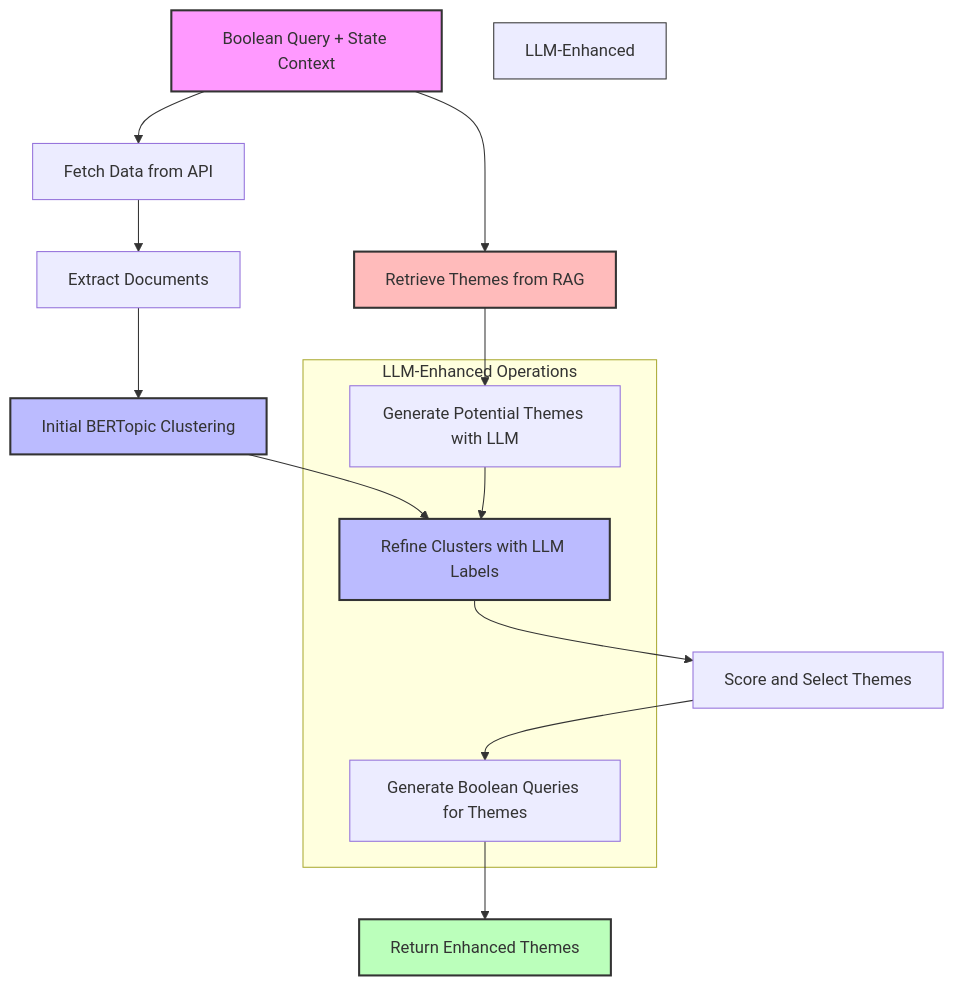
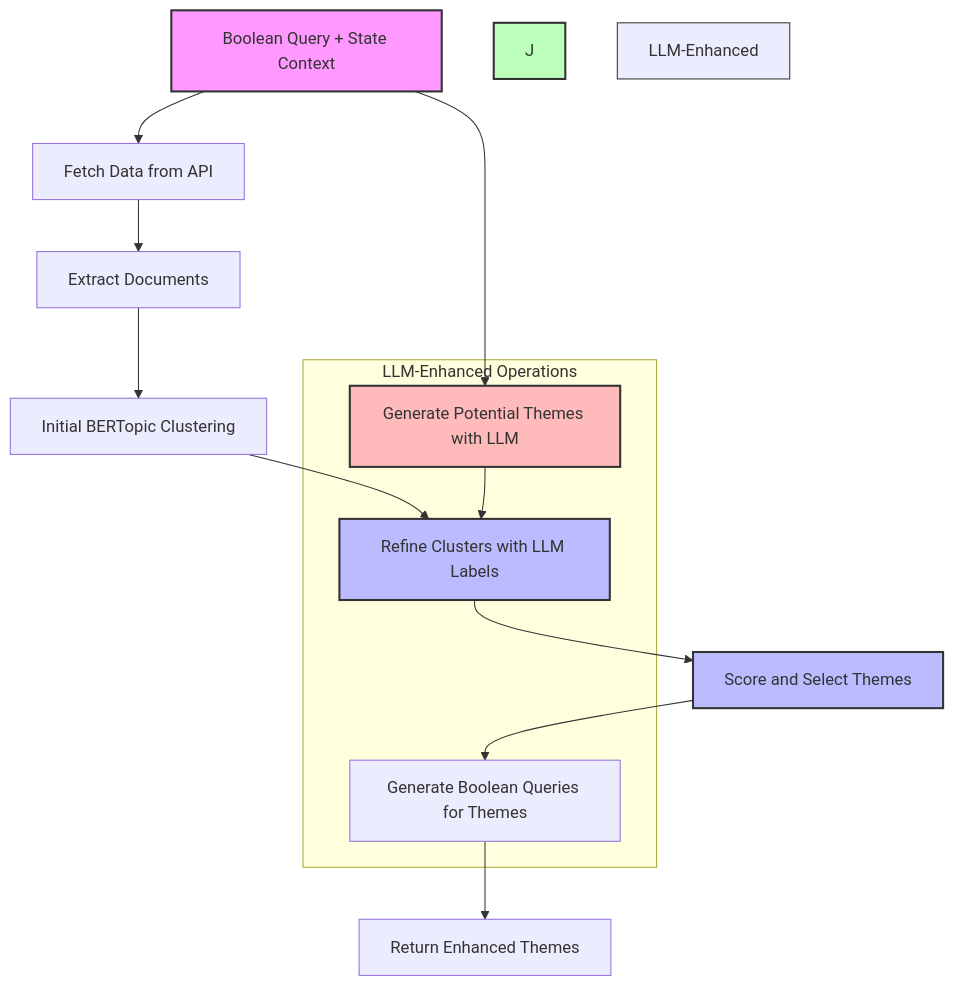
Before and after one commit to Pratham2403/insights-dashboard: the second of 2 diagrams in server/ANALYZER_FLOWS.md, drawn with Mermaid. The commit also changed other lines of this file and 13 other files, not shown here.

````diff
--- a/server/ANALYZER_FLOWS.md
+++ b/server/ANALYZER_FLOWS.md
@@ -129,26 +128,25 @@
 ```mermaid
 flowchart TD
     A[Boolean Query + State Context] --> B[Fetch Data from API]
-    A --> C[Retrieve Themes from RAG]
-    C --> D[Generate Potential Themes with LLM]
-    B --> E[Extract Documents]
-    E --> F[Initial BERTopic Clustering]
-    F --> G[Refine Clusters with LLM Labels]
-    D --> G
-    G --> H[Score and Select Themes]
-    H --> I[Generate Boolean Queries for Themes]
-    I --> J[Return Enhanced Themes]
+    A --> C[Generate Potential Themes with LLM]
+    B --> D[Extract Documents]
+    D --> E[Initial BERTopic Clustering]
+    E --> F[Refine Clusters with LLM Labels]
+    C --> F
+    F --> G[Score and Select Themes]
+    G --> H[Generate Boolean Queries for Themes]
+    H --> I[Return Enhanced Themes]
 
     subgraph LLM-Enhanced Operations
-    D
-    G
-    I
+    C
+    F
+    H
     end
 
     style A fill:#f9f,stroke:#333,stroke-width:2px
     style C fill:#fbb,stroke:#333,stroke-width:2px
     style F fill:#bbf,stroke:#333,stroke-width:2px
     style G fill:#bbf,stroke:#333,stroke-width:2px
     style J fill:#bfb,stroke:#333,stroke-width:2px
     style LLM-Enhanced Operations fill:#ffe,stroke:#333,stroke-width:1px
 ```
````
